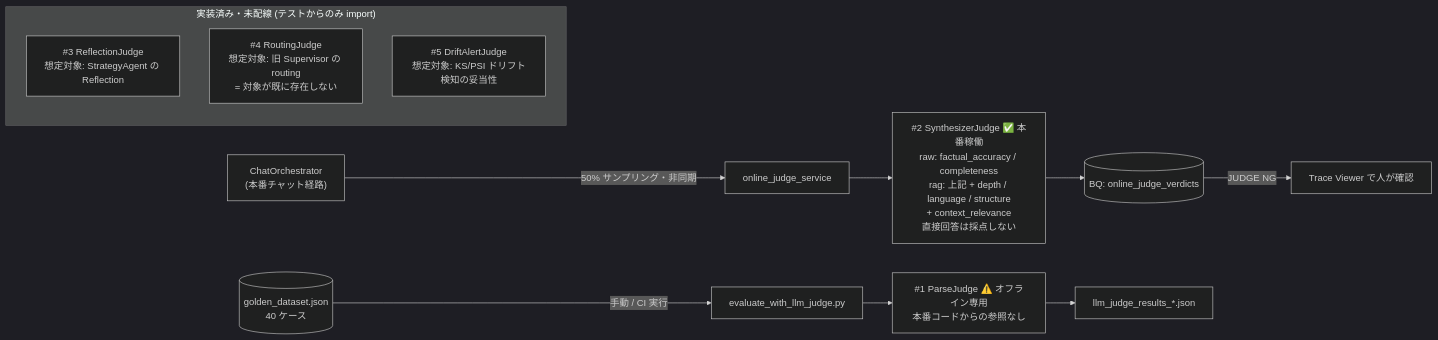
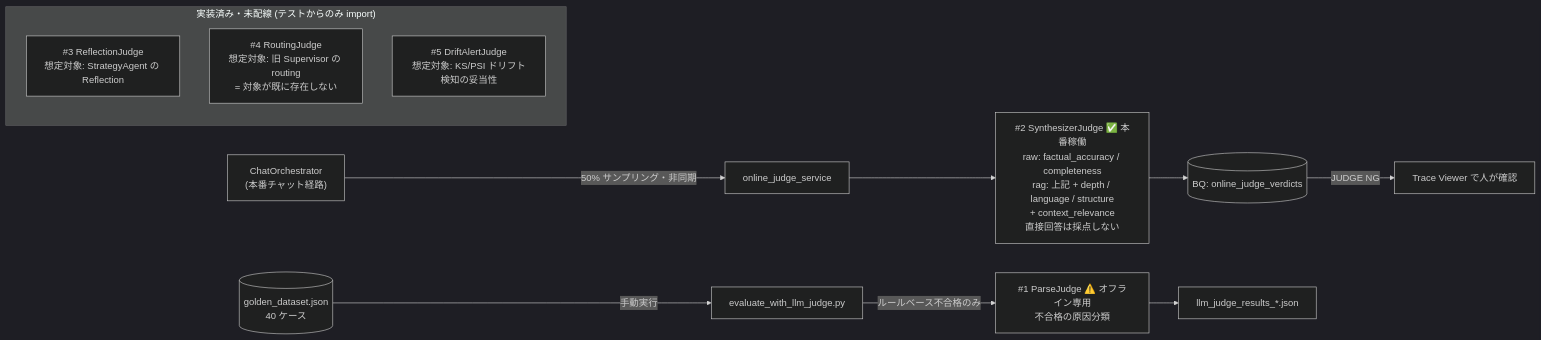
Before and after one commit to takeshimx/diamond-lens: the fourth of 8 diagrams in README_ai_architecture.md, drawn with Mermaid (dark theme). The commit also changed other lines of this file and 7 other files, not shown here.

First line of the commit message:
docs: document offline Judge failure triage and gate script rename

````diff
--- a/README_ai_architecture.md
+++ b/README_ai_architecture.md
@@ -332,17 +332,17 @@
 ```mermaid
 graph LR
     Chat["ChatOrchestrator<br/>(本番チャット経路)"] -->|50% サンプリング・非同期| OJ[online_judge_service]
     OJ --> J2["#2 SynthesizerJudge ✅ 本番稼働<br/>raw: factual_accuracy / completeness<br/>rag: 上記 + depth / language / structure<br/>+ context_relevance<br/>直接回答は採点しない"]
     J2 --> BQV[(BQ: online_judge_verdicts)]
     BQV -->|JUDGE NG| TV[Trace Viewer で人が確認]
 
-    Golden[(golden_dataset.json<br/>40 ケース)] -->|手動 / CI 実行| Script[evaluate_with_llm_judge.py]
-    Script --> J1["#1 ParseJudge ⚠️ オフライン専用<br/>本番コードからの参照なし"]
+    Golden[(golden_dataset.json<br/>40 ケース)] -->|手動実行| Script[evaluate_with_llm_judge.py]
+    Script -->|ルールベース不合格のみ| J1["#1 ParseJudge ⚠️ オフライン専用<br/>不合格の原因分類"]
     J1 --> JSONOut[llm_judge_results_*.json]
 
     subgraph Dormant["実装済み・未配線 (テストからのみ import)"]
         J3["#3 ReflectionJudge<br/>想定対象: StrategyAgent の Reflection"]
         J4["#4 RoutingJudge<br/>想定対象: 旧 Supervisor の routing<br/>= 対象が既に存在しない"]
         J5["#5 DriftAlertJudge<br/>想定対象: KS/PSI ドリフト検知の妥当性"]
     end
 ```
````
